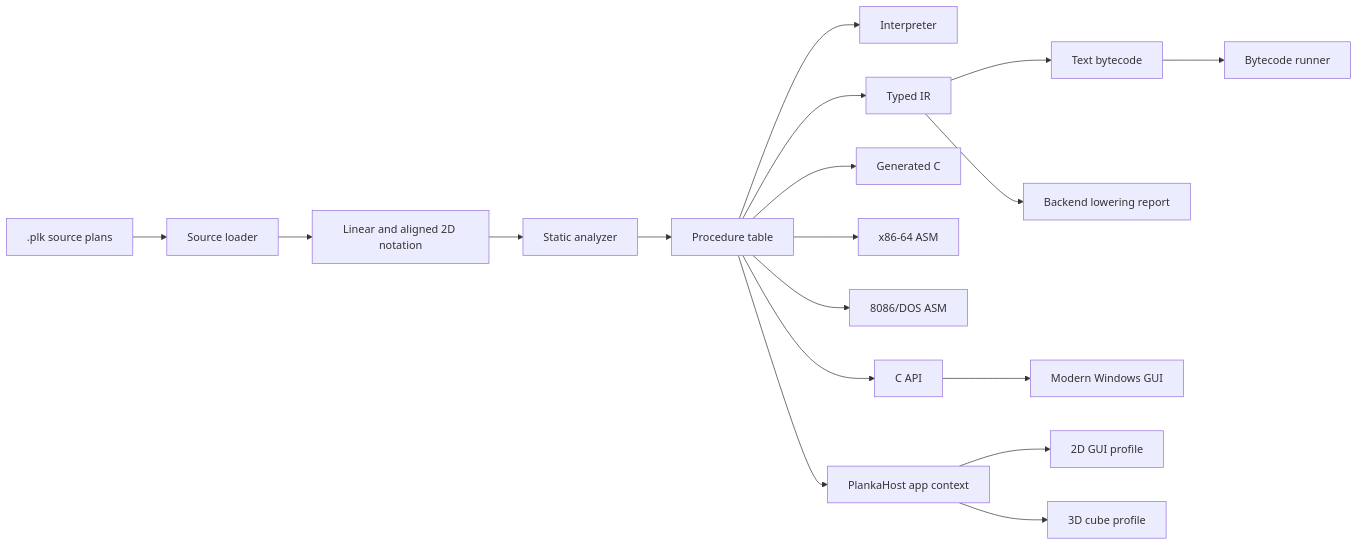
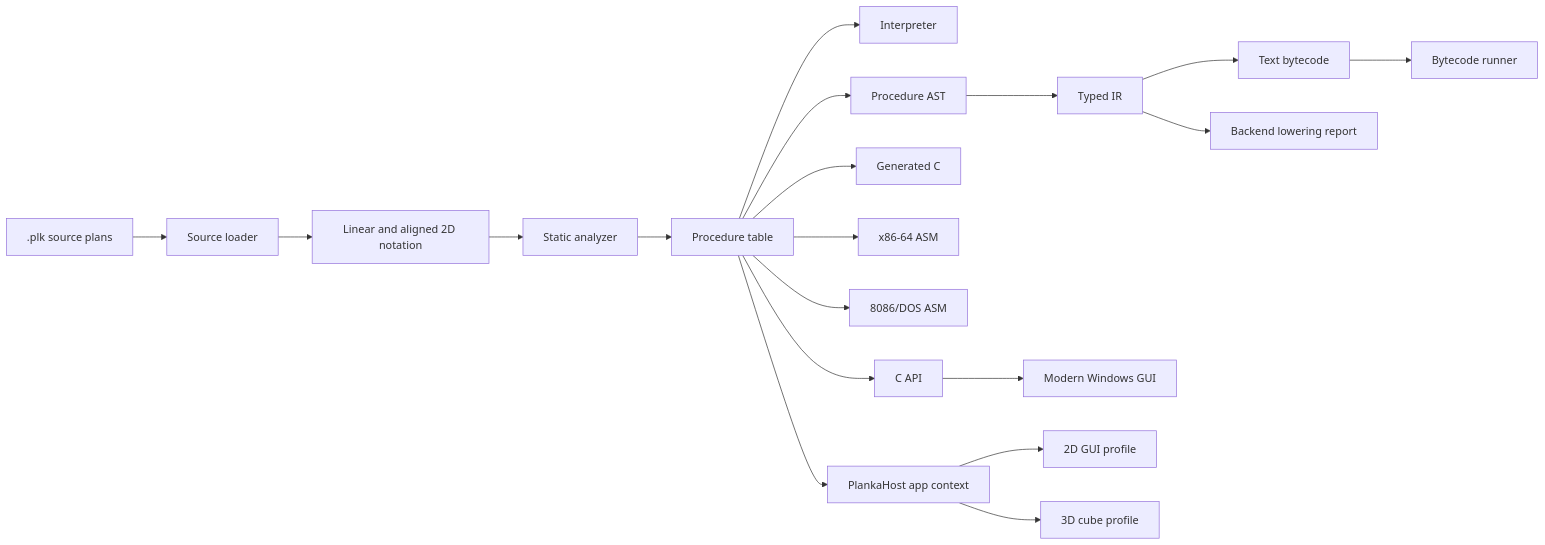
One commit to Olegie/PlankaC changed the fourth of 6 diagrams in docs/infographic.md. Above: the diagram before and after it, drawn with Mermaid. The commit also changed other lines of this file and 54 other files, not shown here.

````diff
--- a/docs/infographic.md
+++ b/docs/infographic.md
@@ -81,22 +81,23 @@
 ```mermaid
 flowchart LR
     PLK[".plk source plans"] --> Loader["Source loader"]
     Loader --> Notation["Linear and aligned 2D notation"]
     Notation --> Analyzer["Static analyzer"]
     Analyzer --> Table["Procedure table"]
 
     Table --> Run["Interpreter"]
-    Table --> TIR["Typed IR"]
+    Table --> AST["Procedure AST"]
+    AST --> TIR["Typed IR"]
     TIR --> BC["Text bytecode"]
     TIR --> Lower["Backend lowering report"]
     Table --> CGen["Generated C"]
     Table --> ASM64["x86-64 ASM"]
     Table --> ASM86["8086/DOS ASM"]
     Table --> API["C API"]
     Table --> Host["PlankaHost app context"]
 
     API --> GUI["Modern Windows GUI"]
     Host --> GUI2["2D GUI profile"]
     Host --> Cube["3D cube profile"]
     BC --> BCRun["Bytecode runner"]
 ```
````
